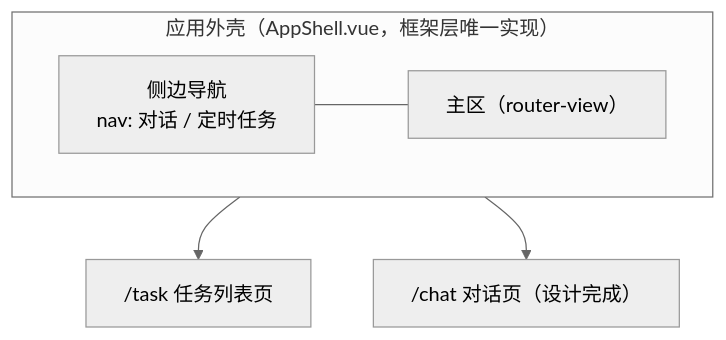
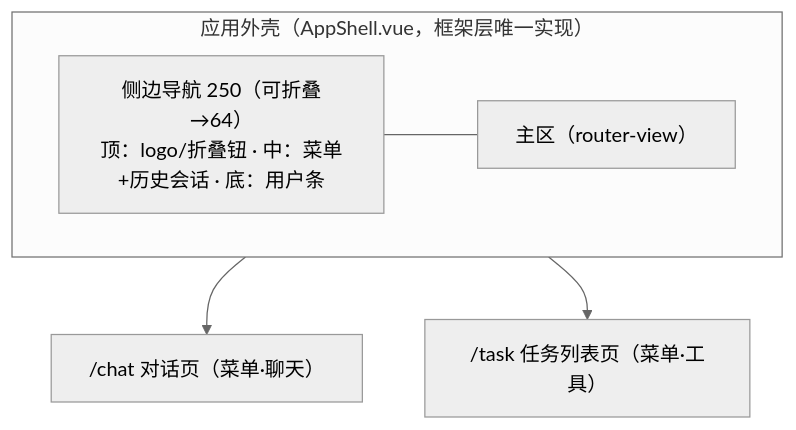
Before and after one commit to ChiYouIc/ehub-ai-workbench-prd: the diagram in designs/web/01-应用外壳与导航.md, drawn with Mermaid (neutral theme). The commit also changed other lines of this file and 13 other files, not shown here.

````diff
--- a/designs/web/01-应用外壳与导航.md
+++ b/designs/web/01-应用外壳与导航.md
@@ -9,9 +9,9 @@
 ```mermaid
 flowchart TD
     subgraph shell["应用外壳（AppShell.vue，框架层唯一实现）"]
         direction LR
-        SIDEBAR["侧边导航<br/>nav: 对话 / 定时任务"] --- MAIN["主区（router-view）"]
+        SIDEBAR["侧边导航 250（可折叠→64）<br/>顶：logo/折叠钮 · 中：菜单+历史会话 · 底：用户条"] --- MAIN["主区（router-view）"]
     end
-    MAIN --> P1["/task 任务列表页"]
-    MAIN --> CHAT["/chat 对话页（设计完成）"]
+    MAIN --> CHAT["/chat 对话页（菜单·聊天）"]
+    MAIN --> TASK["/task 任务列表页（菜单·工具）"]
 ```
````
